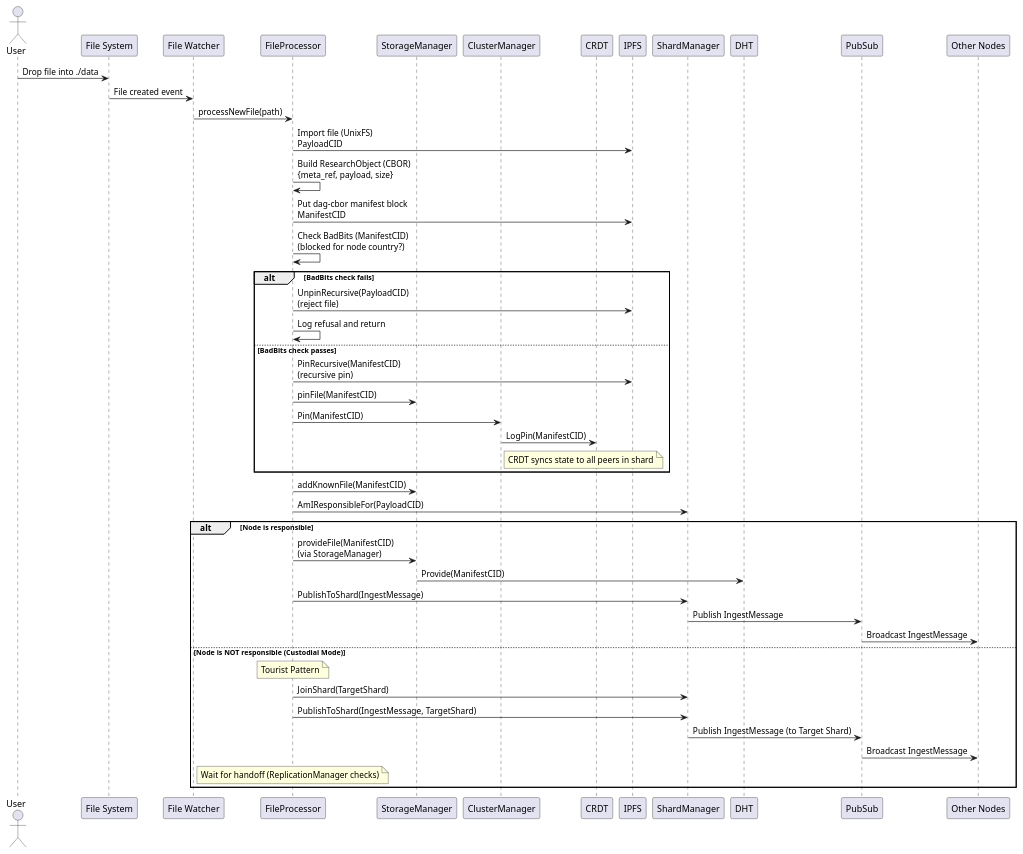
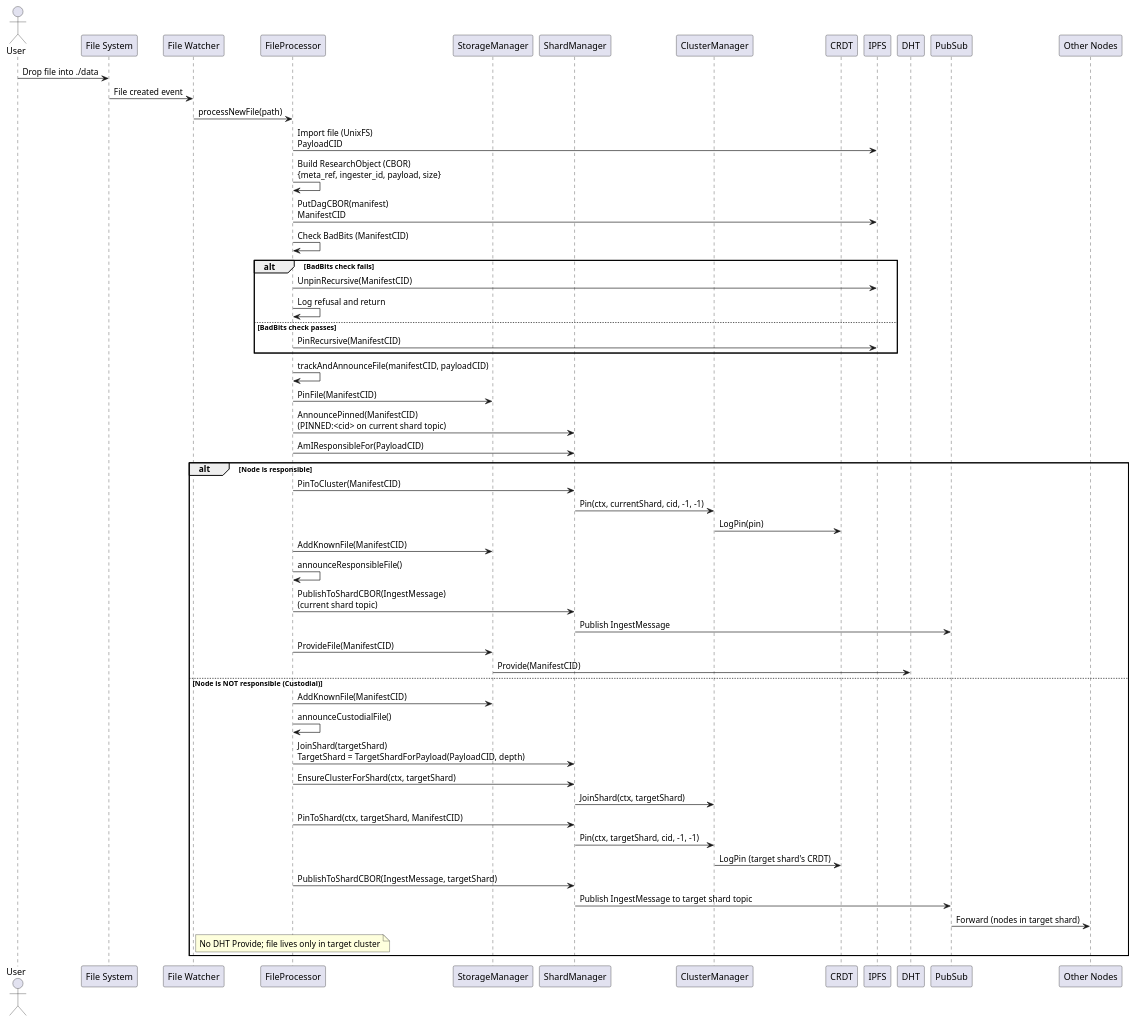
One commit to gipplab/D-LOCKSS changed the diagram in docs/file_ingestion_sequence.puml. Above: the diagram before and after it, drawn with PlantUML. The commit also changed 22 other files, not shown here.

```diff
--- a/docs/file_ingestion_sequence.puml
+++ b/docs/file_ingestion_sequence.puml
@@ -1,55 +1,61 @@
 @startuml File Ingestion Sequence
 
 actor User
 participant "File System" as FS
 participant "File Watcher" as Watcher
 participant "FileProcessor" as FileOps
 participant "StorageManager" as Storage
+participant "ShardManager" as ShardMgr
 participant "ClusterManager" as ClusterMgr
 participant "CRDT" as CRDT
 participant "IPFS" as IPFS
-participant "ShardManager" as ShardMgr
 participant "DHT" as DHT
 participant "PubSub" as PubSub
 participant "Other Nodes" as Nodes
 
 User -> FS: Drop file into ./data
 FS -> Watcher: File created event
 Watcher -> FileOps: processNewFile(path)
 
 FileOps -> IPFS: Import file (UnixFS)\nPayloadCID
-FileOps -> FileOps: Build ResearchObject (CBOR)\n{meta_ref, payload, size}
-FileOps -> IPFS: Put dag-cbor manifest block\nManifestCID
-FileOps -> FileOps: Check BadBits (ManifestCID)\n(blocked for node country?)
+FileOps -> FileOps: Build ResearchObject (CBOR)\n{meta_ref, ingester_id, payload, size}
+FileOps -> IPFS: PutDagCBOR(manifest)\nManifestCID
+FileOps -> FileOps: Check BadBits (ManifestCID)
 alt BadBits check fails
-    FileOps -> IPFS: UnpinRecursive(PayloadCID)\n(reject file)
+    FileOps -> IPFS: UnpinRecursive(ManifestCID)
     FileOps -> FileOps: Log refusal and return
 else BadBits check passes
-    FileOps -> IPFS: PinRecursive(ManifestCID)\n(recursive pin)
-    FileOps -> Storage: pinFile(ManifestCID)
-    
-    FileOps -> ClusterMgr: Pin(ManifestCID)
-    ClusterMgr -> CRDT: LogPin(ManifestCID)
-    Note right of ClusterMgr: CRDT syncs state to all peers in shard
+    FileOps -> IPFS: PinRecursive(ManifestCID)
 end
 
-FileOps -> Storage: addKnownFile(ManifestCID)
-
+FileOps -> FileOps: trackAndAnnounceFile(manifestCID, payloadCID)
+FileOps -> Storage: PinFile(ManifestCID)
+FileOps -> ShardMgr: AnnouncePinned(ManifestCID)\n(PINNED:<cid> on current shard topic)
 FileOps -> ShardMgr: AmIResponsibleFor(PayloadCID)
 
 alt Node is responsible
-    FileOps -> Storage: provideFile(ManifestCID)\n(via StorageManager)
+    FileOps -> ShardMgr: PinToCluster(ManifestCID)
+    ShardMgr -> ClusterMgr: Pin(ctx, currentShard, cid, -1, -1)
+    ClusterMgr -> CRDT: LogPin(pin)
+    FileOps -> Storage: AddKnownFile(ManifestCID)
+    FileOps -> FileOps: announceResponsibleFile()
+    FileOps -> ShardMgr: PublishToShardCBOR(IngestMessage)\n(current shard topic)
+    ShardMgr -> PubSub: Publish IngestMessage
+    FileOps -> Storage: ProvideFile(ManifestCID)
     Storage -> DHT: Provide(ManifestCID)
-    FileOps -> ShardMgr: PublishToShard(IngestMessage)
-    ShardMgr -> PubSub: Publish IngestMessage
-    PubSub -> Nodes: Broadcast IngestMessage
-else Node is NOT responsible (Custodial Mode)
-    Note over FileOps: Tourist Pattern
-    FileOps -> ShardMgr: JoinShard(TargetShard)
-    FileOps -> ShardMgr: PublishToShard(IngestMessage, TargetShard)
-    ShardMgr -> PubSub: Publish IngestMessage (to Target Shard)
-    PubSub -> Nodes: Broadcast IngestMessage
-    Note over FileOps: Wait for handoff (ReplicationManager checks)
+else Node is NOT responsible (Custodial)
+    FileOps -> Storage: AddKnownFile(ManifestCID)
+    FileOps -> FileOps: announceCustodialFile()
+    FileOps -> ShardMgr: JoinShard(targetShard)\nTargetShard = TargetShardForPayload(PayloadCID, depth)
+    FileOps -> ShardMgr: EnsureClusterForShard(ctx, targetShard)
+    ShardMgr -> ClusterMgr: JoinShard(ctx, targetShard)
+    FileOps -> ShardMgr: PinToShard(ctx, targetShard, ManifestCID)
+    ShardMgr -> ClusterMgr: Pin(ctx, targetShard, cid, -1, -1)
+    ClusterMgr -> CRDT: LogPin (target shard's CRDT)
+    FileOps -> ShardMgr: PublishToShardCBOR(IngestMessage, targetShard)
+    ShardMgr -> PubSub: Publish IngestMessage to target shard topic
+    PubSub -> Nodes: Forward (nodes in target shard)
+    Note over FileOps: No DHT Provide; file lives only in target cluster
 end
 
 @enduml
```
